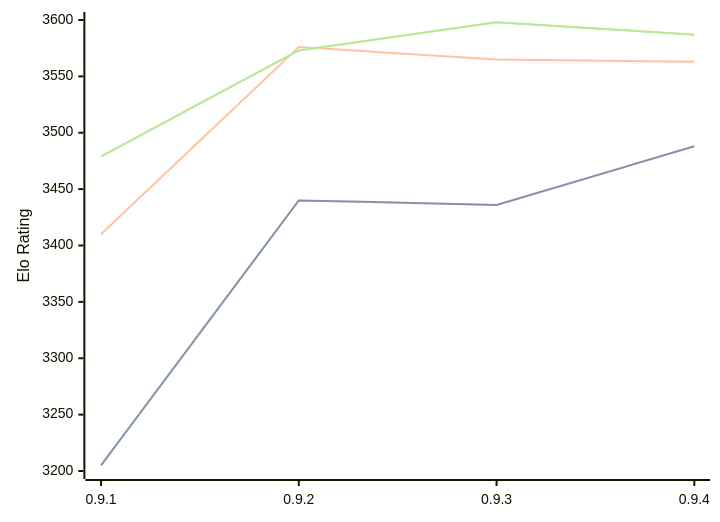
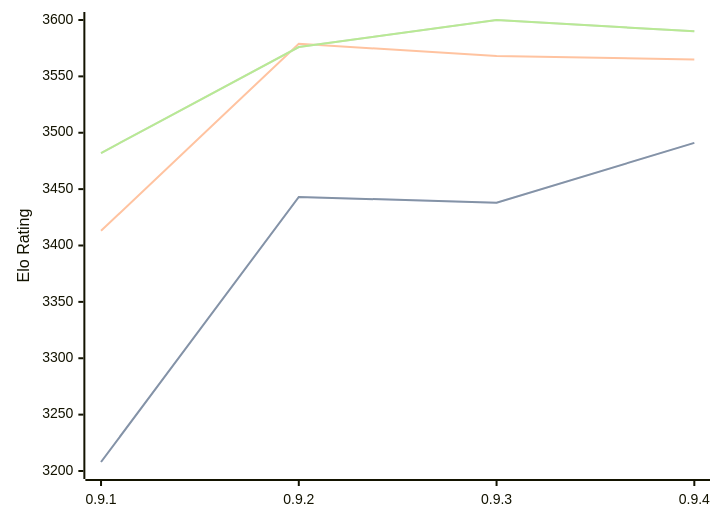
One commit to computer-chess-index/cci changed the diagram in engines/Coda.md. Above: the diagram before and after it, drawn with Mermaid. The commit also changed other lines of this file, not shown here.

Commit message:
Update CCI Ratings (ELO VLTC) - 2026-09-24

````diff
--- a/engines/Coda.md
+++ b/engines/Coda.md
@@ -34,11 +34,11 @@
 ```mermaid
 %%{init: {"theme":"base","themeVariables":{"seriesColors:['#a3a3a3','#222221','#faa371']}}}%%
 xychart-beta
   x-axis ["0.9.1", "0.9.2", "0.9.3", "0.9.4"]
   y-axis "Elo Rating" 3200 --> 3600
-  line "" [3205, 3440, 3436, 3488]
-  line "STC (8.0+0.08s)" [3205, 3440, 3436, 3488]
-  line "LTC (60.0+0.60s)" [3410, 3576, 3565, 3563]
-  line "" [3479, 3573, 3598, 3587]
-  line "VLTC (2m24s+1.12s)" [3479, 3573, 3598, 3587]
+  line "" [3208, 3443, 3438, 3491]
+  line "STC (8.0+0.08s)" [3208, 3443, 3438, 3491]
+  line "LTC (60.0+0.60s)" [3413, 3579, 3568, 3565]
+  line "" [3482, 3576, 3600, 3590]
+  line "VLTC (2m24s+1.12s)" [3482, 3576, 3600, 3590]
 ```
````
